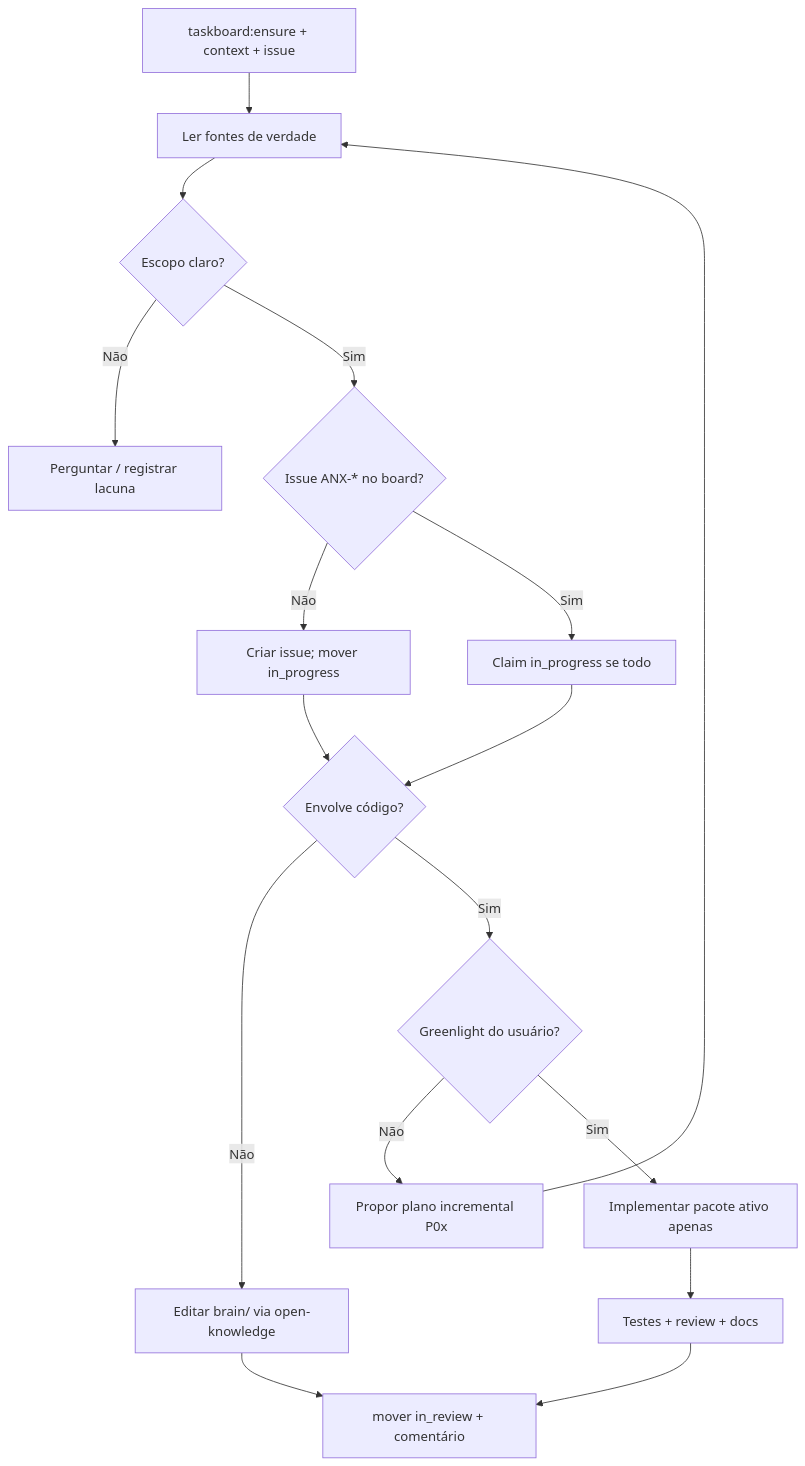
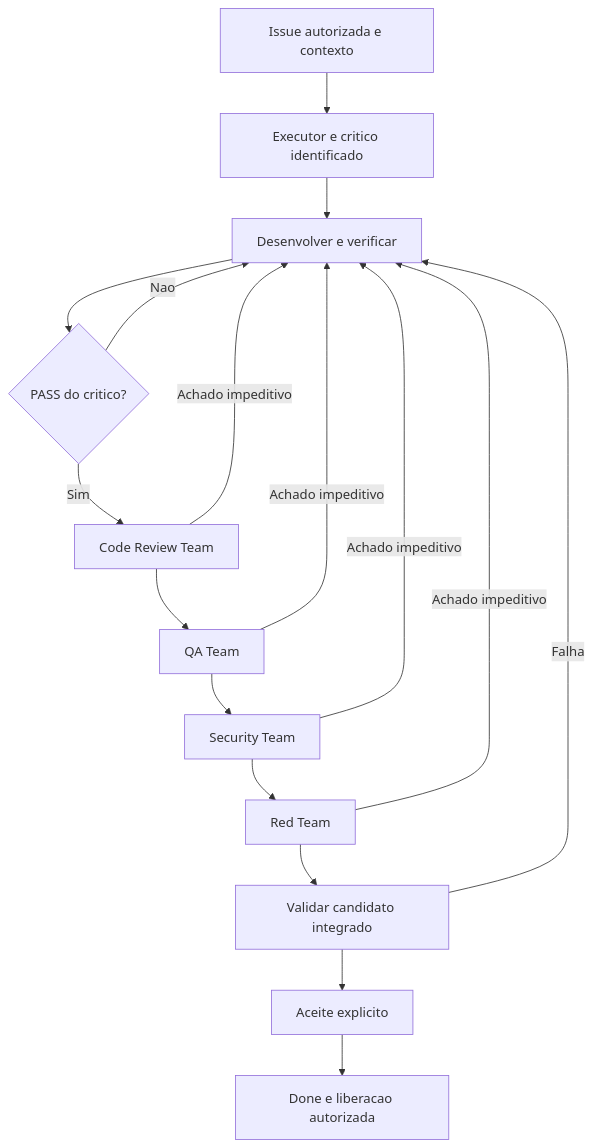
The diagram in AGENTS.md (jcafeitosa/anxionOS), drawn with Mermaid before and after one commit. The commit also changed other lines of this file and 23 other files, not shown here.

First line of the commit message:
feat(frontend): P07 Owner Console shell, design system e org chart

````diff
--- a/AGENTS.md
+++ b/AGENTS.md
@@ -225,19 +296,19 @@
 ```mermaid
 flowchart TD
-  T[taskboard:ensure + context + issue] --> A[Ler fontes de verdade]
-  A --> B{Escopo claro?}
-  B -->|Não| C[Perguntar / registrar lacuna]
-  B -->|Sim| D{Issue ANX-* no board?}
-  D -->|Não| D1[Criar issue; mover in_progress]
-  D -->|Sim| D2[Claim in_progress se todo]
-  D1 --> E{Envolve código?}
-  D2 --> E
-  E -->|Não| F[Editar brain/ via open-knowledge]
-  E -->|Sim| G{Greenlight do usuário?}
-  G -->|Não| H[Propor plano incremental P0x]
-  G -->|Sim| I[Implementar pacote ativo apenas]
-  I --> J[Testes + review + docs]
-  J --> K[mover in_review + comentário]
-  F --> K
-  H --> A
+  A[Issue autorizada e contexto] --> B[Executor e critico identificado]
+  B --> C[Desenvolver e verificar]
+  C --> D{PASS do critico?}
+  D -->|Nao| C
+  D -->|Sim| E[Code Review Team]
+  E --> F[QA Team]
+  F --> G[Security Team]
+  G --> H[Red Team]
+  H --> I[Validar candidato integrado]
+  I --> J[Aceite explicito]
+  J --> K[Done e liberacao autorizada]
+  E -->|Achado impeditivo| C
+  F -->|Achado impeditivo| C
+  G -->|Achado impeditivo| C
+  H -->|Achado impeditivo| C
+  I -->|Falha| C
 ```
````
